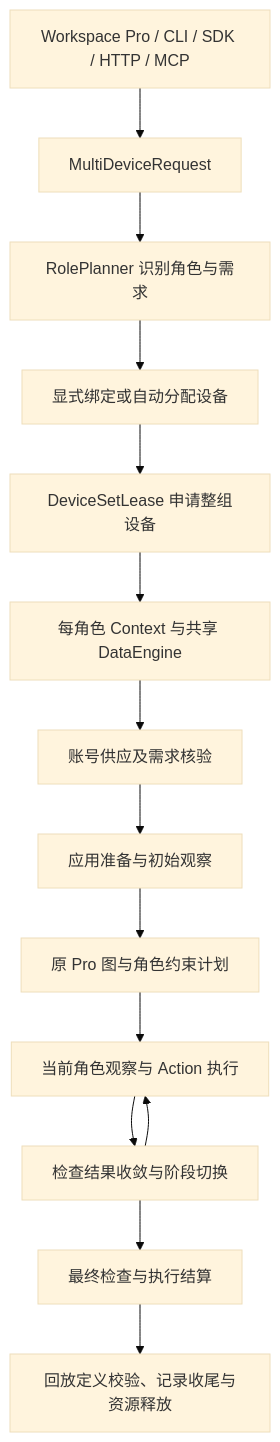
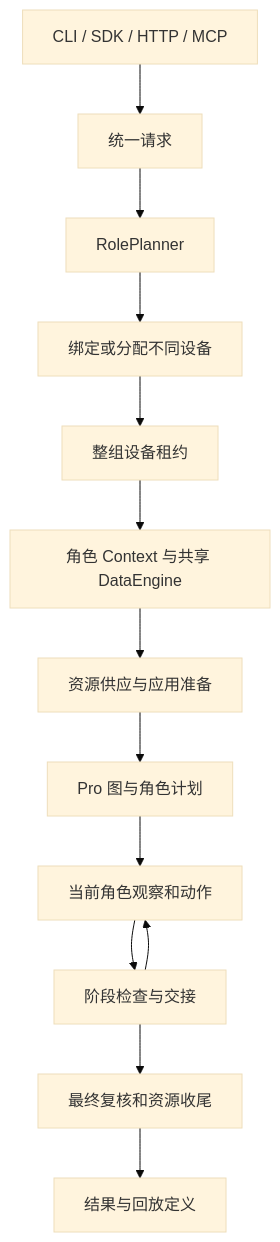
One commit to liruifeng1210/artemis-multi-device changed the diagram in docs/project-optimization-design.md. Above: the diagram before and after it, drawn with Mermaid (base theme). The commit also changed other lines of this file and 27 other files, not shown here.

First line of the commit message:
fix(pro): enforce ordered role execution and bound action inputs

````diff
--- a/docs/project-optimization-design.md
+++ b/docs/project-optimization-design.md
@@ -45,16 +38,15 @@
 ```mermaid
 flowchart TD
-    A[Workspace Pro / CLI / SDK / HTTP / MCP] --> B[MultiDeviceRequest]
-    B --> C[RolePlanner 识别角色与需求]
-    C --> D[显式绑定或自动分配设备]
-    D --> E[DeviceSetLease 申请整组设备]
-    E --> F[每角色 Context 与共享 DataEngine]
-    F --> G[账号供应及需求核验]
-    G --> H[应用准备与初始观察]
-    H --> I[原 Pro 图与角色约束计划]
-    I --> J[当前角色观察与 Action 执行]
-    J --> K[检查结果收敛与阶段切换]
-    K --> J
-    K --> L[最终检查与执行结算]
-    L --> M[回放定义校验、记录收尾与资源释放]
+    A[CLI / SDK / HTTP / MCP] --> B[统一请求]
+    B --> C[RolePlanner]
+    C --> D[绑定或分配不同设备]
+    D --> E[整组设备租约]
+    E --> F[角色 Context 与共享 DataEngine]
+    F --> G[资源供应与应用准备]
+    G --> H[Pro 图与角色计划]
+    H --> I[当前角色观察和动作]
+    I --> J[阶段检查与交接]
+    J --> I
+    J --> K[最终复核和资源收尾]
+    K --> L[结果与回放定义]
 ```
````
